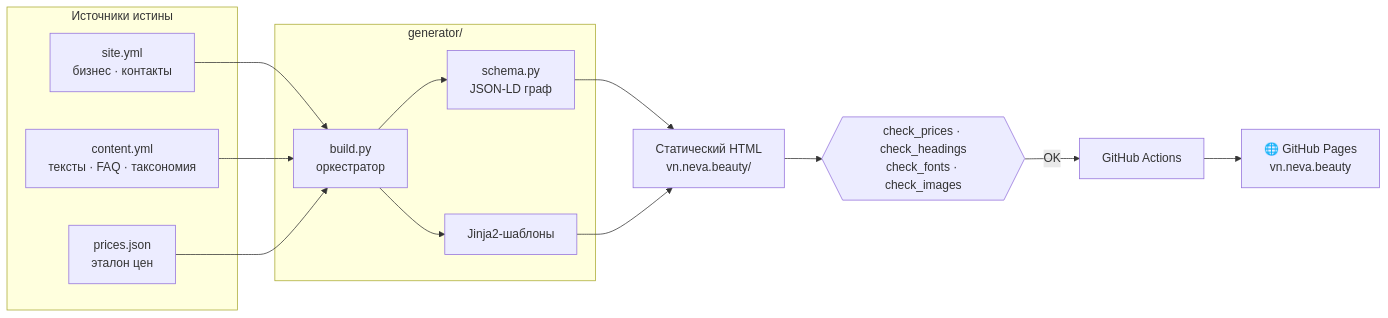
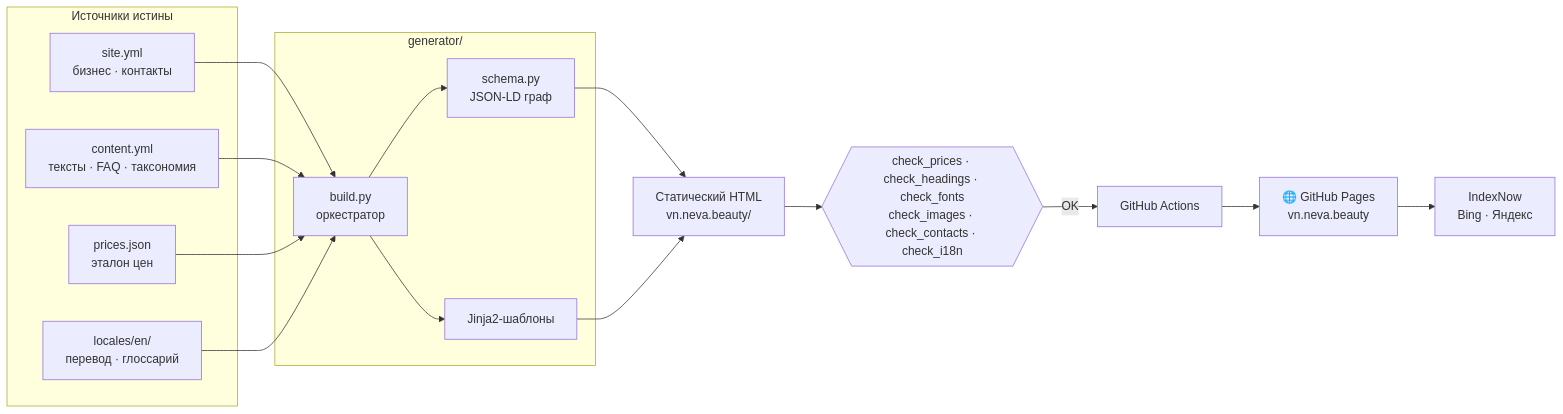
The diagram in README.md (jw-git-hub/vn.neva.beauty), drawn with Mermaid before and after one commit. The commit also changed other lines of this file and 1 other file, not shown here.

Commit message:
README на двух языках описывает двуязычный сайт: русский в корне и английский под /en/ (15 страниц на язык), переключатель и автовыбор языка, перевод накладкой с глоссарием и автотестом пар, проверки деплоя, IndexNow, типографику сборки и английские имена картинок

````diff
--- a/README.md
+++ b/README.md
@@ -193,23 +207,26 @@
 ```mermaid
 flowchart LR
     subgraph SRC["Источники истины"]
         A["site.yml<br/>бизнес · контакты"]
         B["content.yml<br/>тексты · FAQ · таксономия"]
         C["prices.json<br/>эталон цен"]
+        L["locales/en/<br/>перевод · глоссарий"]
     end
     subgraph GEN["generator/"]
         D["build.py<br/>оркестратор"]
         E["schema.py<br/>JSON-LD граф"]
         F["Jinja2-шаблоны"]
     end
     A --> D
     B --> D
     C --> D
+    L --> D
     D --> E
     D --> F
     E --> G["Статический HTML<br/>vn.neva.beauty/"]
     F --> G
-    G --> H{{"check_prices · check_headings<br/>check_fonts · check_images"}}
+    G --> H{{"check_prices · check_headings · check_fonts<br/>check_images · check_contacts · check_i18n"}}
     H -->|OK| I["GitHub Actions"]
     I --> J["🌐 GitHub Pages<br/>vn.neva.beauty"]
+    J --> K["IndexNow<br/>Bing · Яндекс"]
 ```
````
